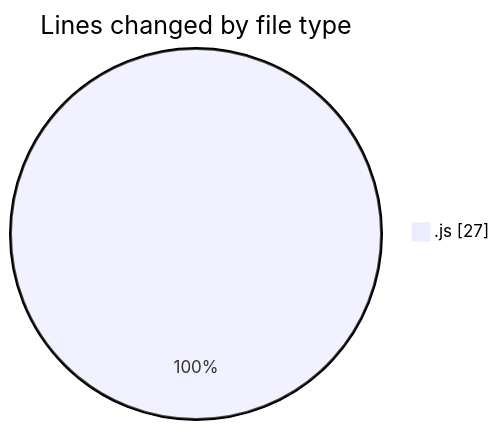
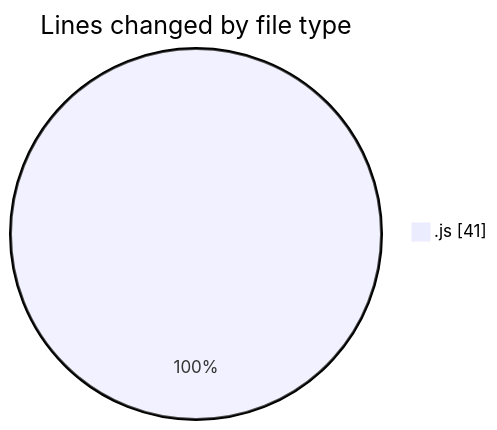
Before and after one commit to BS-eng2023/code-tracking: the first of 2 diagrams in 2025-03-31/jsvms/README.md, drawn with Mermaid. The commit also changed other lines of this file and 1 other file, not shown here.

````diff
--- a/2025-03-31/jsvms/README.md
+++ b/2025-03-31/jsvms/README.md
@@ -20,5 +20,5 @@
 ```mermaid
 pie showData
 title Lines changed by file type
-".js" : 27
+".js" : 41
 ```
````
